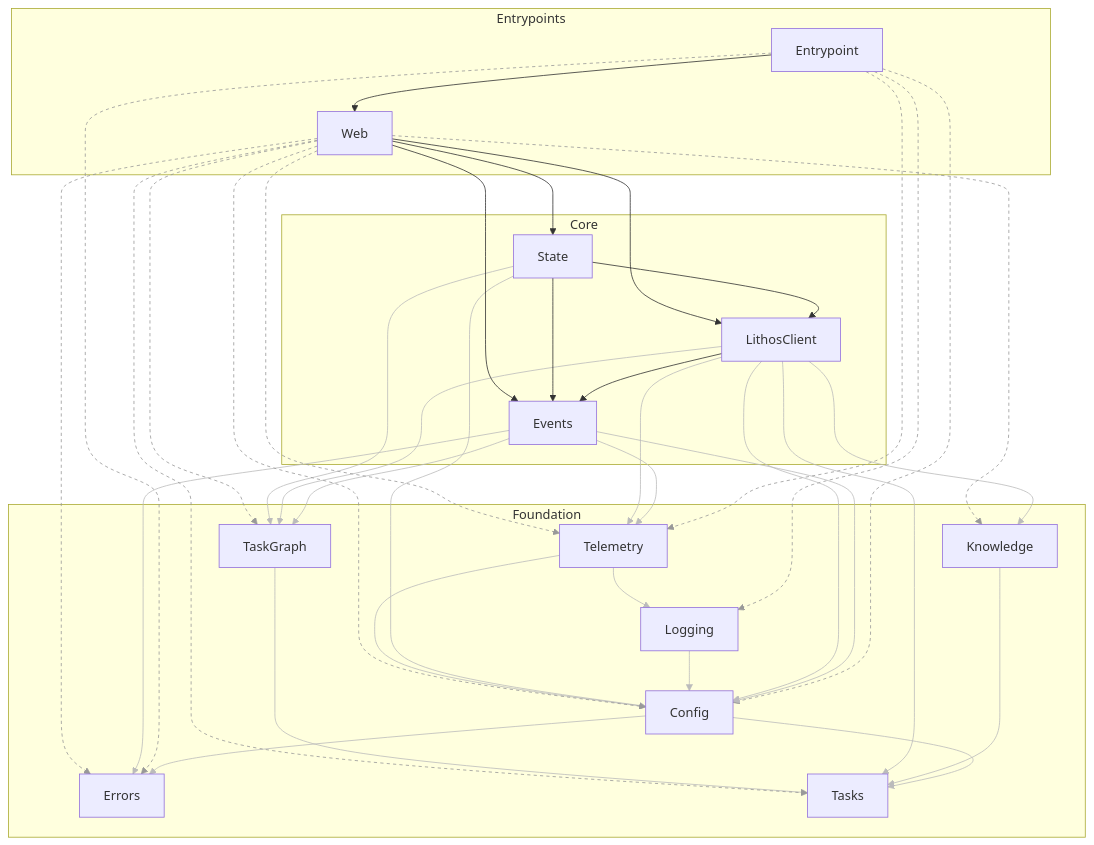
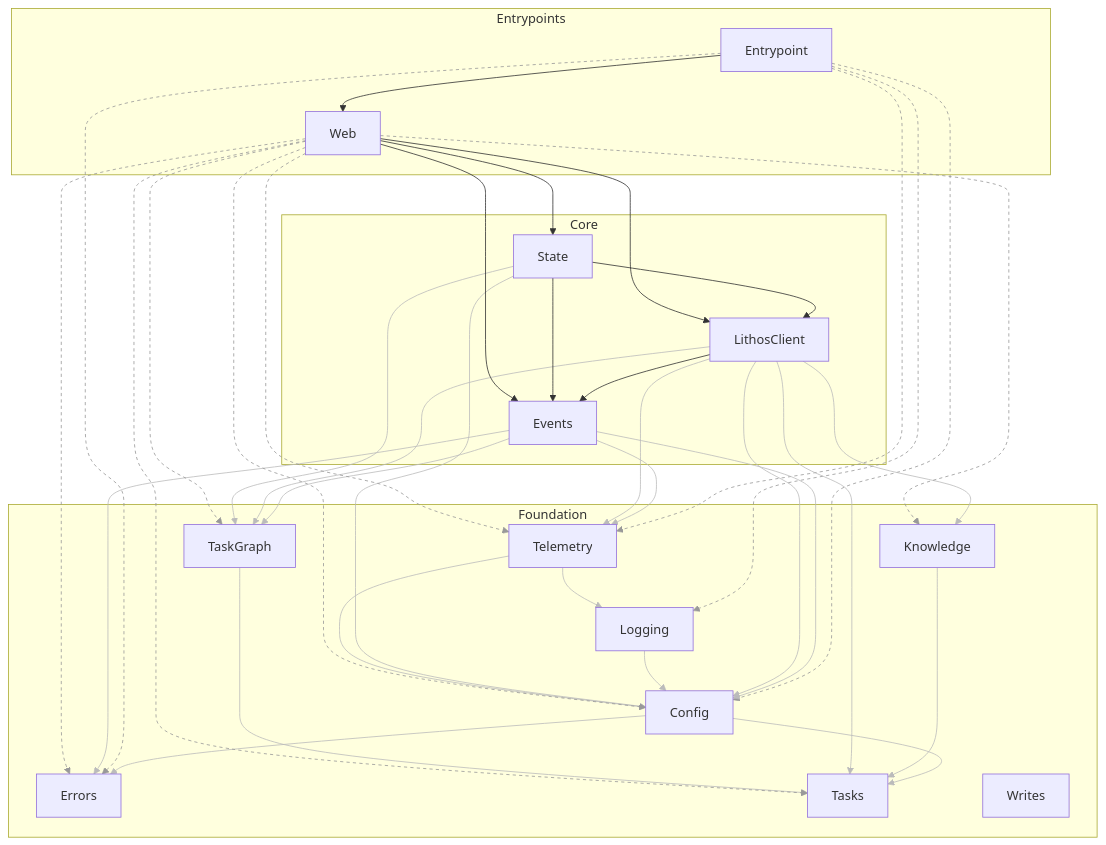
One commit to agent-lore/lithos-lens changed the diagram in docs/generated/architecture.md. Above: the diagram before and after it, drawn with Mermaid. The commit also changed 14 other files, not shown here.

```diff
--- a/docs/generated/architecture.md
+++ b/docs/generated/architecture.md
@@ -22,6 +22,7 @@
     TaskGraph
     Tasks
     Telemetry
+    Writes
   end
   click Config "components/Config.md"
   click Entrypoint "components/Entrypoint.md"
@@ -35,6 +36,7 @@
   click Tasks "components/Tasks.md"
   click Telemetry "components/Telemetry.md"
   click Web "components/Web.md"
+  click Writes "components/Writes.md"
   Config --> Errors
   Config --> Tasks
   Entrypoint --> Config
```
